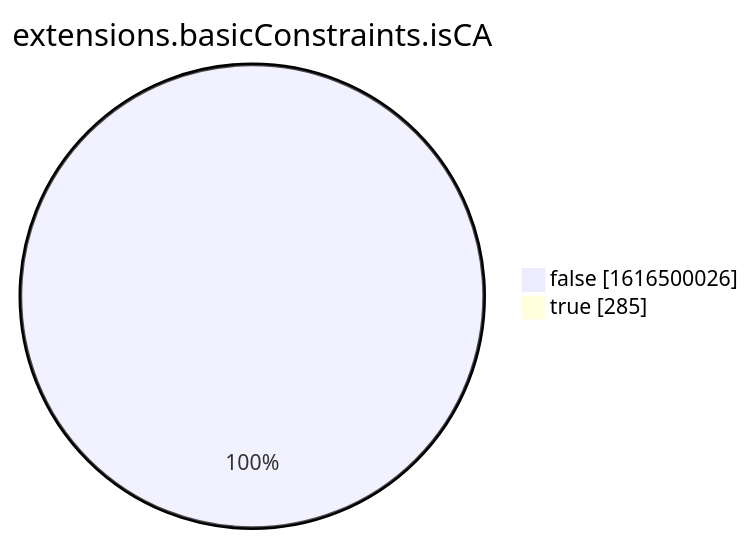
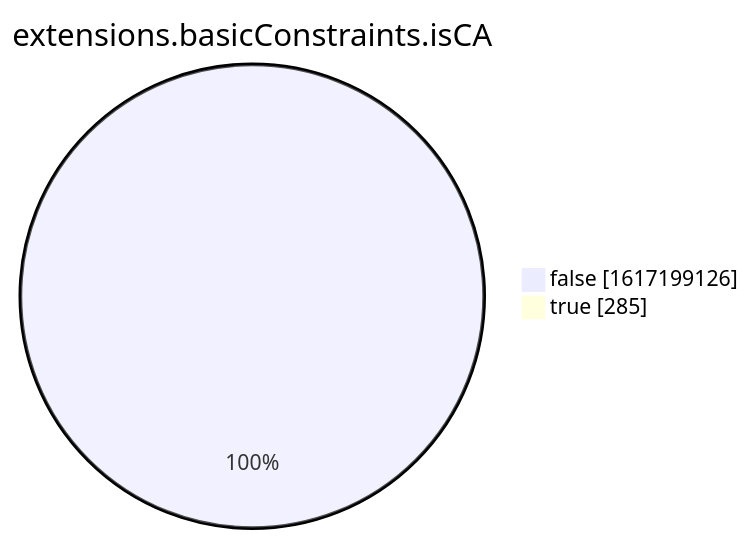
One commit to christiankrug/ctmonitor_visualization changed the eighth of 15 diagrams in xenon2022/README.md. Above: the diagram before and after it, drawn with Mermaid. The commit also changed other lines of this file, not shown here.

````diff
--- a/xenon2022/README.md
+++ b/xenon2022/README.md
@@ -2863,6 +2863,6 @@
 ```mermaid
 pie showData
 title extensions.basicConstraints.isCA
-"false" :1616500026
+"false" :1617199126
 "true" :285
 ```
````
